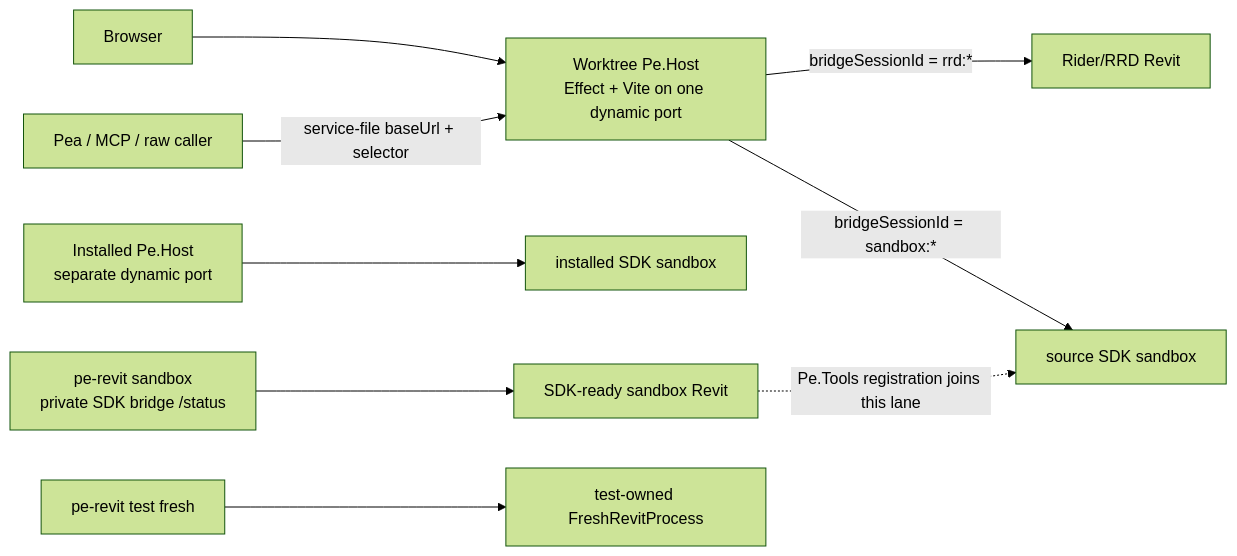
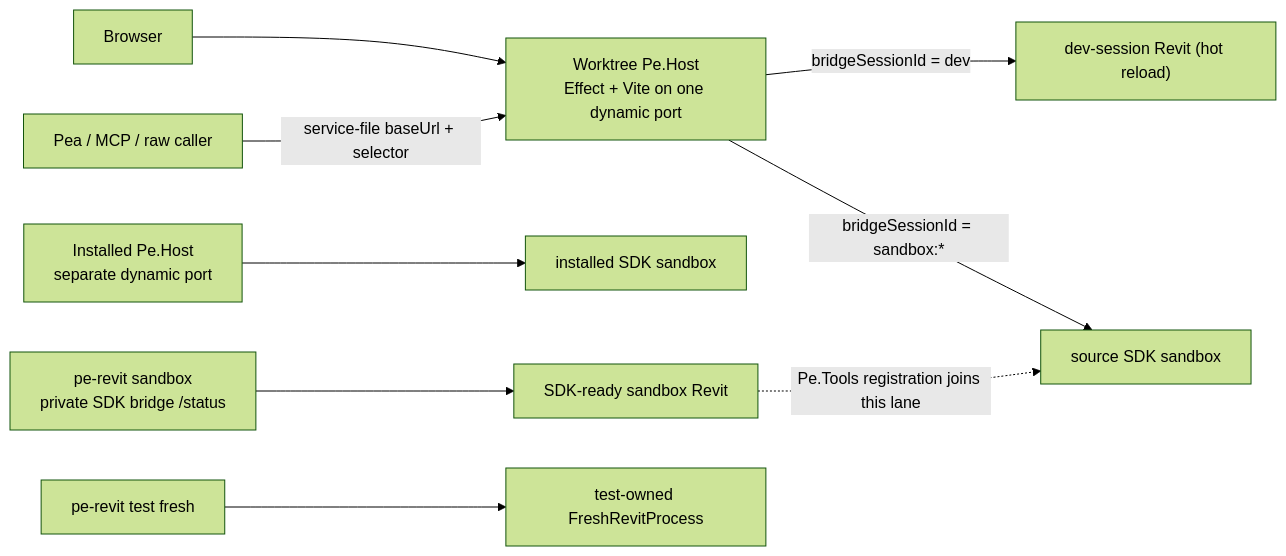
One commit to positive-energy-labs/Pe.Tools changed the diagram in docs/BUILD.md. Above: the diagram before and after it, drawn with Mermaid (forest theme). The commit also changed 42 other files, not shown here.

First line of the commit message:
The sentence is the one targeting surface: rrd->dev, fleet truth, doc picker, poc purge

````diff
--- a/docs/BUILD.md
+++ b/docs/BUILD.md
@@ -245,11 +245,11 @@
 ```mermaid
 flowchart LR
   Web["Browser"] --> SourceHost["Worktree Pe.Host<br/>Effect + Vite on one dynamic port"]
   Pea["Pea / MCP / raw caller"] -->|service-file baseUrl + selector| SourceHost
-  SourceHost -->|bridgeSessionId = rrd:*| RRD["Rider/RRD Revit"]
+  SourceHost -->|bridgeSessionId = dev| DevSession["dev-session Revit (hot reload)"]
   SourceHost -->|bridgeSessionId = sandbox:*| RoutedSandbox["source SDK sandbox"]
   InstalledHost["Installed Pe.Host<br/>separate dynamic port"] --> InstalledSandbox["installed SDK sandbox"]
   SDK["pe-revit sandbox<br/>private SDK bridge /status"] --> Sandbox["SDK-ready sandbox Revit"]
   Fresh["pe-revit test fresh"] --> FreshRevit["test-owned FreshRevitProcess"]
   Sandbox -. "Pe.Tools registration joins this lane" .-> RoutedSandbox
 ```
````
